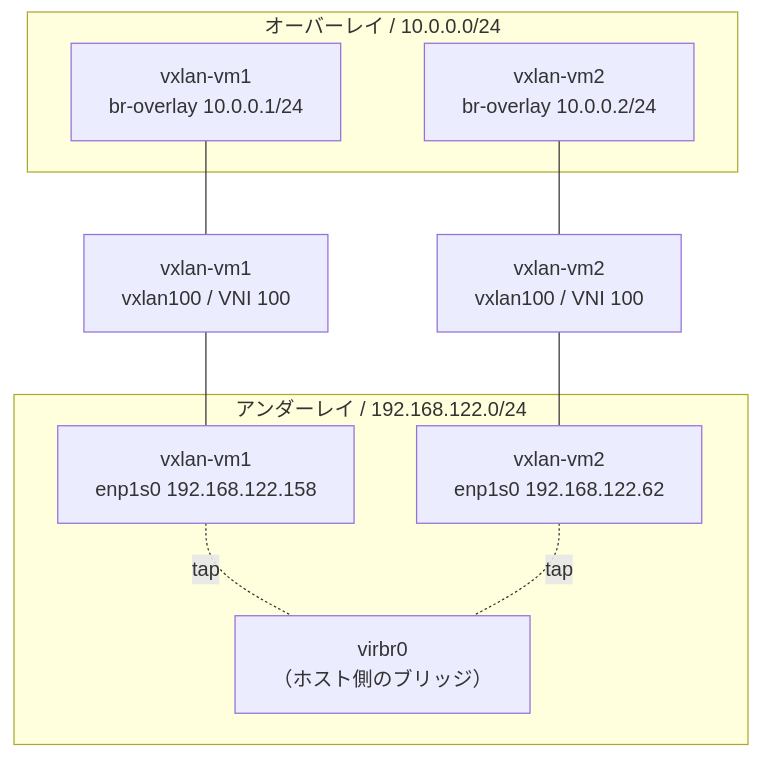
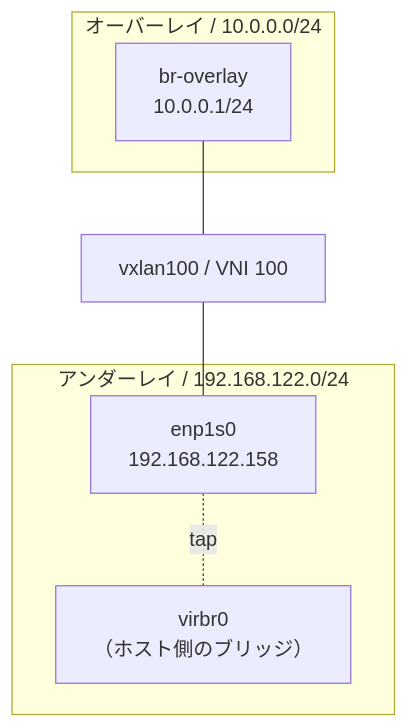
Before and after one commit to 0x69d/0x69d: the third of 5 diagrams in articles/20260806-vxlan-overlay-network.md, drawn with Mermaid. The commit also changed other lines of this file, not shown here.

First line of the commit message:
docs: VXLAN記事の用語節を前倒しし図を簡略化する

````diff
--- a/articles/20260806-vxlan-overlay-network.md
+++ b/articles/20260806-vxlan-overlay-network.md
@@ -125,20 +121,14 @@
 ```mermaid
 graph TD
     subgraph OV["オーバーレイ / 10.0.0.0/24"]
-        BR1["vxlan-vm1<br/>br-overlay 10.0.0.1/24"]
-        BR2["vxlan-vm2<br/>br-overlay 10.0.0.2/24"]
+        BR1["br-overlay<br/>10.0.0.1/24"]
     end
-    VX1["vxlan-vm1<br/>vxlan100 / VNI 100"]
-    VX2["vxlan-vm2<br/>vxlan100 / VNI 100"]
+    VX1["vxlan100 / VNI 100"]
     subgraph UN["アンダーレイ / 192.168.122.0/24"]
-        N1["vxlan-vm1<br/>enp1s0 192.168.122.158"]
-        N2["vxlan-vm2<br/>enp1s0 192.168.122.62"]
+        N1["enp1s0<br/>192.168.122.158"]
         HOST["virbr0<br/>（ホスト側のブリッジ）"]
     end
     BR1 --- VX1
-    BR2 --- VX2
     VX1 --- N1
-    VX2 --- N2
     N1 -.tap.- HOST
-    N2 -.tap.- HOST
 ```
````
